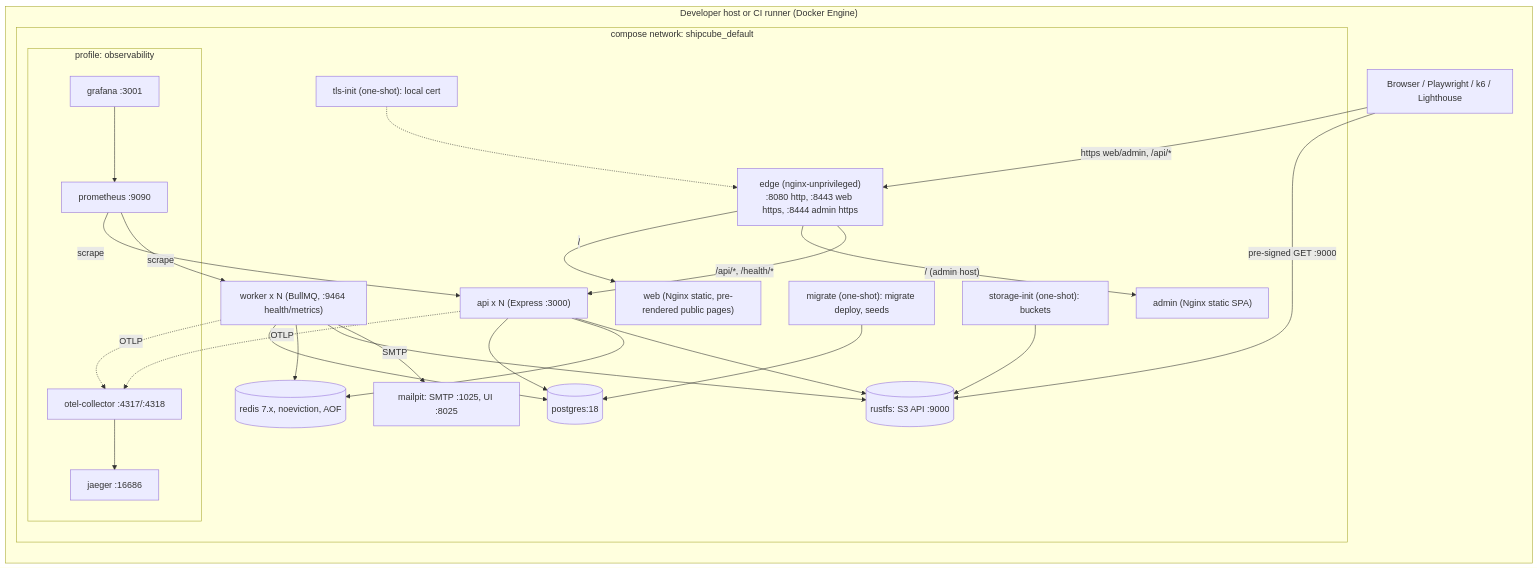
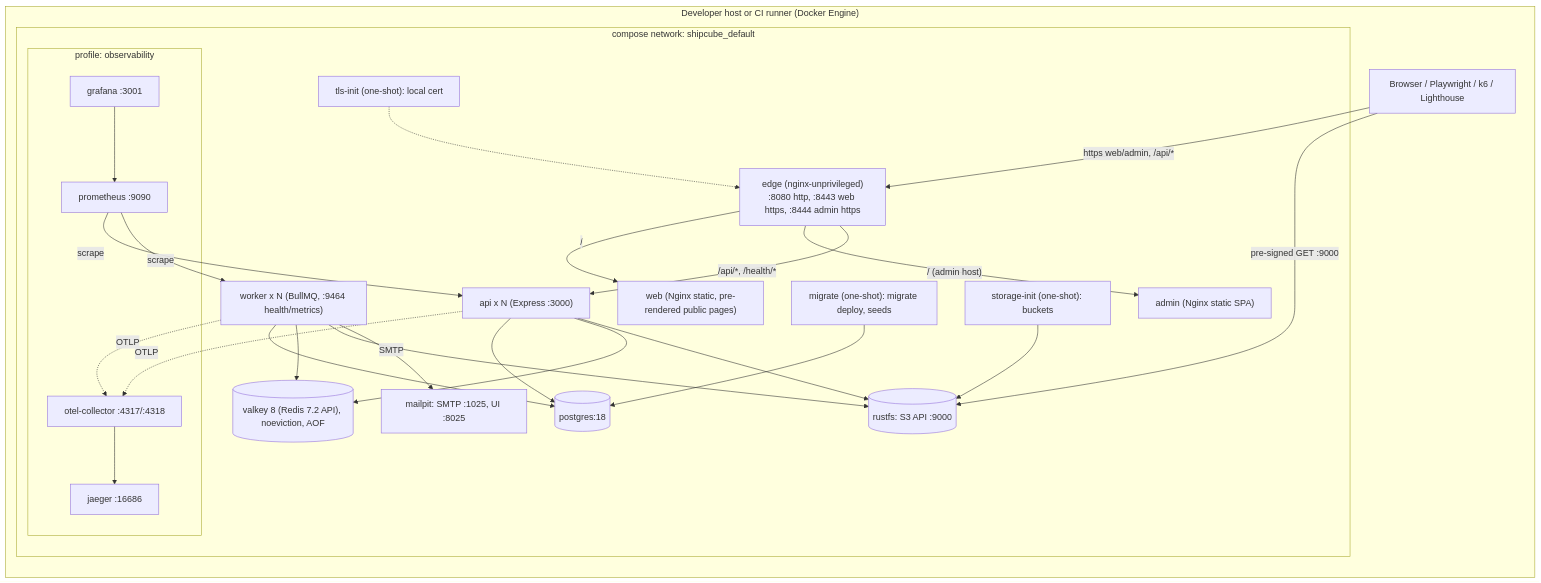
The first of 4 diagrams in docs/03-architecture/platform.md (sukhchdit/shipcube), drawn with Mermaid before and after one commit. The commit also changed other lines of this file and 78 other files, not shown here.

````diff
--- a/docs/03-architecture/platform.md
+++ b/docs/03-architecture/platform.md
@@ -142,47 +142,47 @@
 ```mermaid
 flowchart LR
   subgraph HOST["Developer host or CI runner (Docker Engine)"]
     B["Browser / Playwright / k6 / Lighthouse"]
     subgraph NET["compose network: shipcube_default"]
       EDGE["edge (nginx-unprivileged)<br/>:8080 http, :8443 web https, :8444 admin https"]
       WEB["web (Nginx static, pre-rendered public pages)"]
       ADMIN["admin (Nginx static SPA)"]
       API["api x N (Express :3000)"]
       WRK["worker x N (BullMQ, :9464 health/metrics)"]
       MIG["migrate (one-shot): migrate deploy, seeds"]
       SINIT["storage-init (one-shot): buckets"]
       TLS["tls-init (one-shot): local cert"]
       PG[("postgres:18")]
-      RD[("redis 7.x, noeviction, AOF")]
+      RD[("valkey 8 (Redis 7.2 API), noeviction, AOF")]
       S3[("rustfs: S3 API :9000")]
       MP["mailpit: SMTP :1025, UI :8025"]
       subgraph OBS["profile: observability"]
         OTC["otel-collector :4317/:4318"]
         JG["jaeger :16686"]
         PR["prometheus :9090"]
         GF["grafana :3001"]
       end
     end
   end
   B -->|"https web/admin, /api/*"| EDGE
   EDGE -->|"/"| WEB
   EDGE -->|"/ (admin host)"| ADMIN
   EDGE -->|"/api/*, /health/*"| API
   API --> PG
   API --> RD
   API --> S3
   WRK --> PG
   WRK --> RD
   WRK --> S3
   WRK -->|SMTP| MP
   MIG --> PG
   SINIT --> S3
   TLS -.-> EDGE
   API -.->|OTLP| OTC
   WRK -.->|OTLP| OTC
   OTC --> JG
   PR -->|scrape| API
   PR -->|scrape| WRK
   GF --> PR
   B -->|"pre-signed GET :9000"| S3
 ```
````
